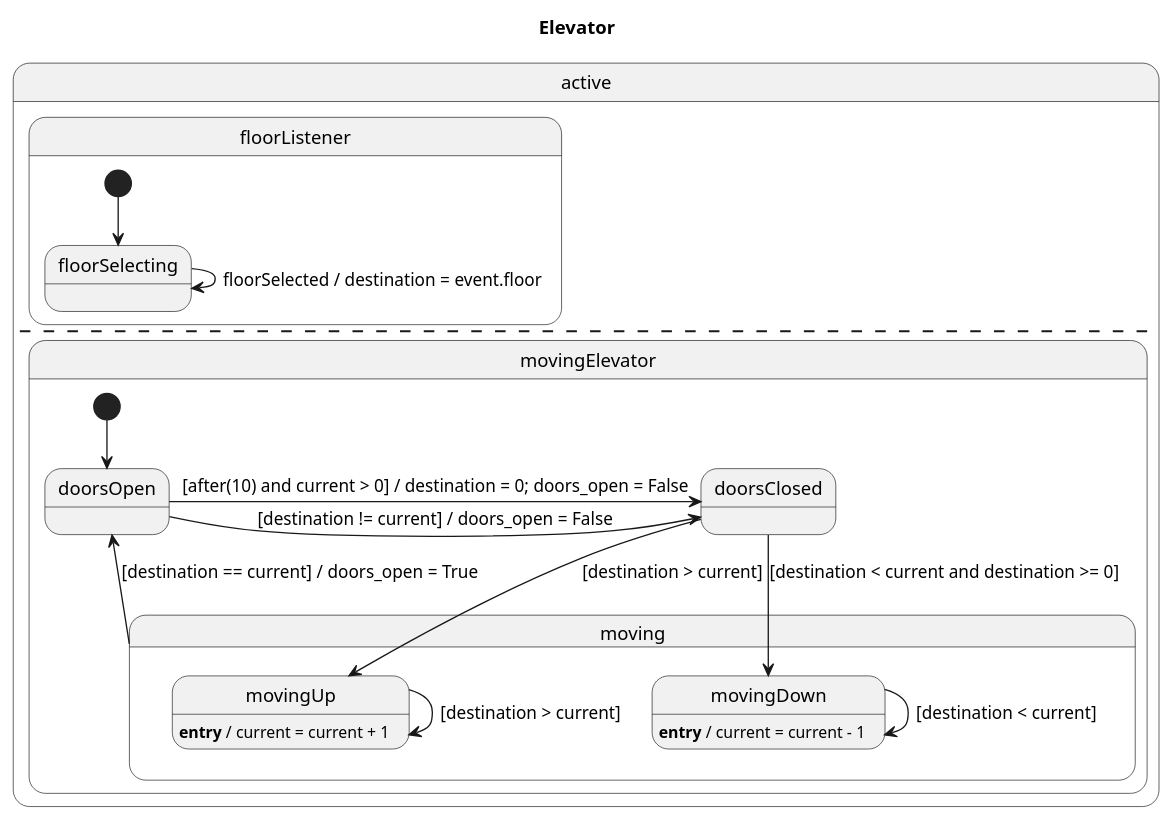
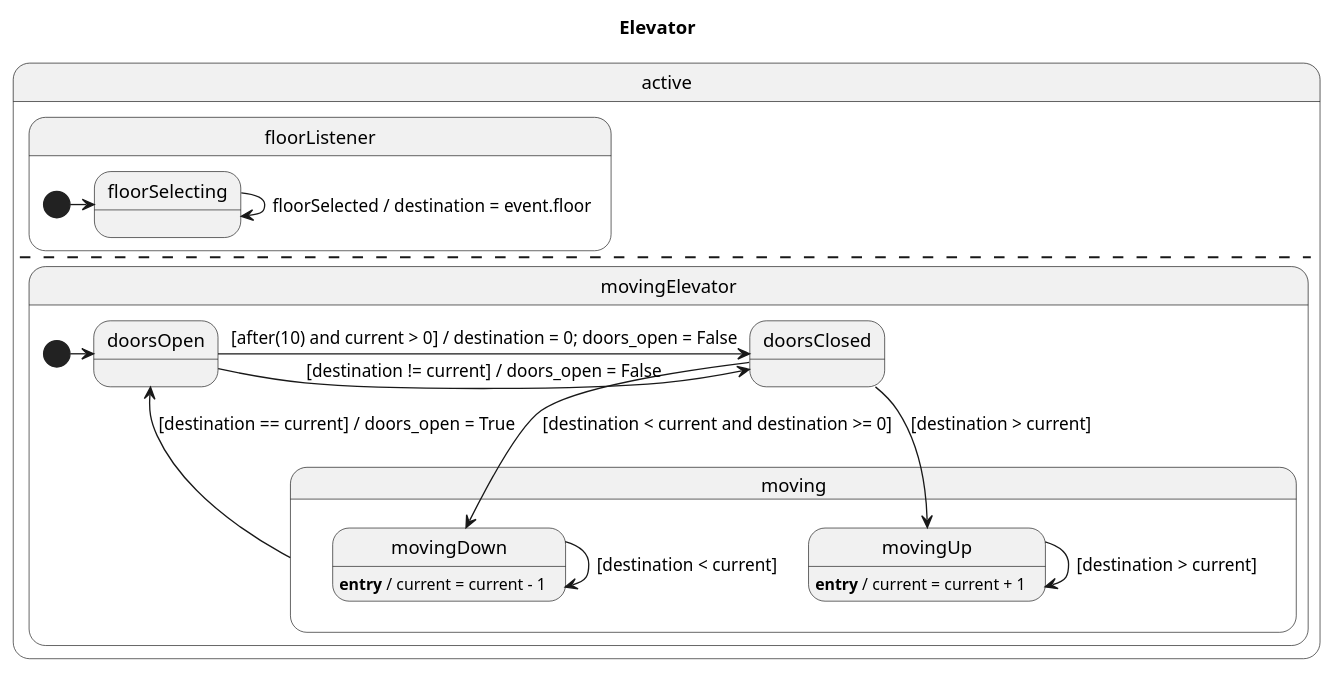
Before and after one commit to AlexandreDecan/sismic: the diagram in docs/examples/elevator/elevator.plantuml, drawn with PlantUML. The commit also changed 1 other file, not shown here.

```diff
--- a/docs/examples/elevator/elevator.plantuml
+++ b/docs/examples/elevator/elevator.plantuml
@@ -1,34 +1,34 @@
 @startuml
 title Elevator
 state "active" as active {
   state "floorListener" as floorListener {
-    [*] --> floorSelecting
+    [*] -right-> floorSelecting
     state "floorSelecting" as floorSelecting {
       floorSelecting --> floorSelecting : floorSelected / destination = event.floor
     }
   }
   --
   state "movingElevator" as movingElevator {
-    [*] --> doorsOpen
+    [*] -right-> doorsOpen
     state "moving" as moving {
       moving --> doorsOpen : [destination == current] / doors_open = True
       state "movingDown" as movingDown {
         movingDown : **entry** / current = current - 1
         movingDown --> movingDown : [destination < current]
       }
       state "movingUp" as movingUp {
         movingUp : **entry** / current = current + 1
         movingUp --> movingUp : [destination > current]
       }
     }
     state "doorsClosed" as doorsClosed {
       doorsClosed --> movingUp : [destination > current]
       doorsClosed --> movingDown : [destination < current and destination >= 0]
     }
     state "doorsOpen" as doorsOpen {
-      doorsOpen -ri-> doorsClosed : [destination != current] / doors_open = False
-      doorsOpen -ri-> doorsClosed : [after(10) and current > 0] / destination = 0; doors_open = False
+      doorsOpen -right-> doorsClosed : [destination != current] / doors_open = False
+      doorsOpen -right-> doorsClosed : [after(10) and current > 0] / destination = 0; doors_open = False
     }
   }
 }
 @enduml
```
